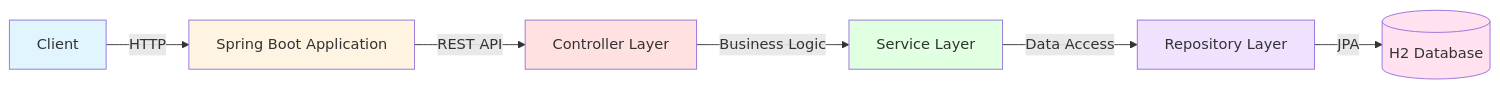
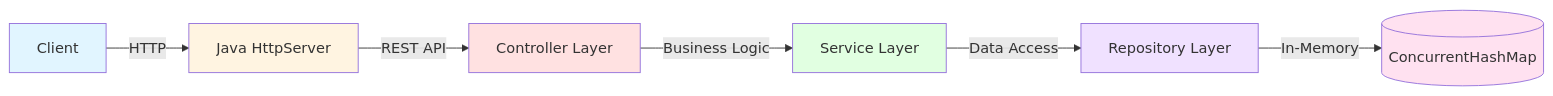
The first of 6 diagrams in packages/java-url-shortener/DESIGN.md (empeje/tdd-playground), drawn with Mermaid before and after one commit. The commit also changed other lines of this file and 1 other file, not shown here.

Commit message:
Update README and DESIGN docs to reflect core Java implementation

````diff
--- a/packages/java-url-shortener/DESIGN.md
+++ b/packages/java-url-shortener/DESIGN.md
@@ -38,15 +38,15 @@
 ```mermaid
 graph LR
-    A[Client] -->|HTTP| B[Spring Boot Application]
+    A[Client] -->|HTTP| B[Java HttpServer]
     B -->|REST API| C[Controller Layer]
     C -->|Business Logic| D[Service Layer]
     D -->|Data Access| E[Repository Layer]
-    E -->|JPA| F[(H2 Database)]
+    E -->|In-Memory| F[(ConcurrentHashMap)]
     
     style A fill:#e1f5ff
     style B fill:#fff4e1
     style C fill:#ffe1e1
     style D fill:#e1ffe1
     style E fill:#f0e1ff
     style F fill:#ffe1f0
 ```
````
